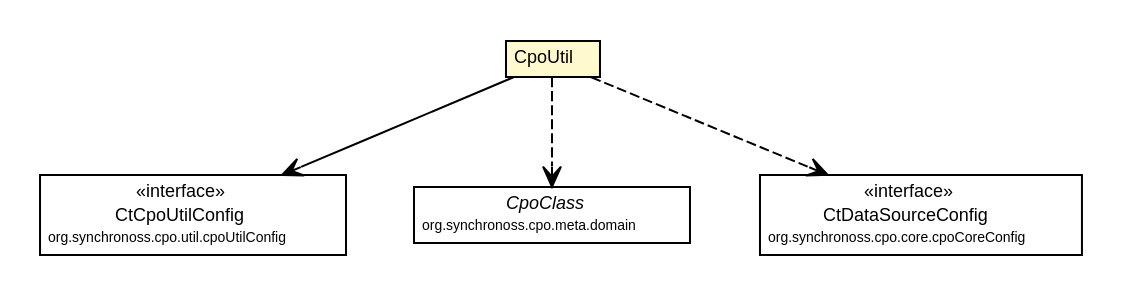
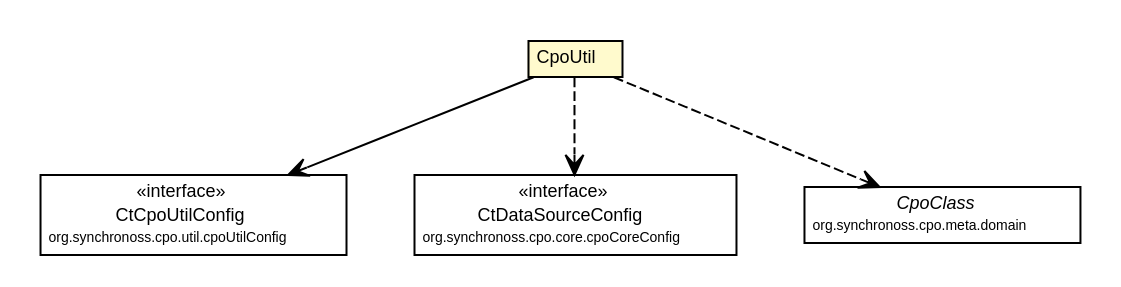
Before and after one commit to synchronoss/cpo-util: the diagram in site/apidocs/org/synchronoss/cpo/util/CpoUtil.dot, drawn with Graphviz. The commit also changed 308 other files, not shown here.

Commit message:
Creating site for cpoUtil, 5.0.2-SNAPSHOT

```diff
--- a/site/apidocs/org/synchronoss/cpo/util/CpoUtil.dot
+++ b/site/apidocs/org/synchronoss/cpo/util/CpoUtil.dot
@@ -1,45 +1,45 @@
 #!/usr/local/bin/dot
 #
 # Class diagram 
 # Generated by UmlGraph version 4.6 (http://www.spinellis.gr/sw/umlgraph)
 #
 
 digraph G {
 	edge [fontname="Helvetica",fontsize=10,labelfontname="Helvetica",labelfontsize=10];
 	node [fontname="Helvetica",fontsize=10,shape=plaintext];
 	// org.synchronoss.cpo.util.CpoUtil
 	c2964 [label=<<table border="0" cellborder="1" cellspacing="0" cellpadding="2" port="p" bgcolor="lemonChiffon" href="./CpoUtil.html">
 		<tr><td><table border="0" cellspacing="0" cellpadding="1">
 			<tr><td> CpoUtil </td></tr>
 		</table></td></tr>
 		</table>>, fontname="Helvetica", fontcolor="black", fontsize=9.0];
 	// org.synchronoss.cpo.util.cpoUtilConfig.CtCpoUtilConfig
 	c2992 [label=<<table border="0" cellborder="1" cellspacing="0" cellpadding="2" port="p" href="./cpoUtilConfig/CtCpoUtilConfig.html">
 		<tr><td><table border="0" cellspacing="0" cellpadding="1">
 			<tr><td> &laquo;interface&raquo; </td></tr>
 			<tr><td> CtCpoUtilConfig </td></tr>
 			<tr><td><font point-size="7.0"> org.synchronoss.cpo.util.cpoUtilConfig </font></td></tr>
 		</table></td></tr>
 		</table>>, fontname="Helvetica", fontcolor="black", fontsize=9.0];
 	// org.synchronoss.cpo.util.CpoUtil NAVASSOC org.synchronoss.cpo.util.cpoUtilConfig.CtCpoUtilConfig
 	c2964:p -> c2992:p [taillabel="", label="", headlabel="", fontname="Helvetica", fontcolor="black", fontsize=10.0, color="black", arrowhead=open];
+	// org.synchronoss.cpo.util.CpoUtil DEPEND org.synchronoss.cpo.core.cpoCoreConfig.CtDataSourceConfig
+	c2964:p -> c3006:p [taillabel="", label="", headlabel="", fontname="Helvetica", fontcolor="black", fontsize=10.0, color="black", arrowhead=open, style=dashed];
 	// org.synchronoss.cpo.util.CpoUtil DEPEND org.synchronoss.cpo.meta.domain.CpoClass
-	c2964:p -> c3006:p [taillabel="", label="", headlabel="", fontname="Helvetica", fontcolor="black", fontsize=10.0, color="black", arrowhead=open, style=dashed];
-	// org.synchronoss.cpo.util.CpoUtil DEPEND org.synchronoss.cpo.core.cpoCoreConfig.CtDataSourceConfig
 	c2964:p -> c3007:p [taillabel="", label="", headlabel="", fontname="Helvetica", fontcolor="black", fontsize=10.0, color="black", arrowhead=open, style=dashed];
 	// org.synchronoss.cpo.meta.domain.CpoClass
-	c3006 [label=<<table border="0" cellborder="1" cellspacing="0" cellpadding="2" port="p" href="http://java.sun.com/j2se/1.4.2/docs/api/org/synchronoss/cpo/meta/domain/CpoClass.html">
+	c3007 [label=<<table border="0" cellborder="1" cellspacing="0" cellpadding="2" port="p" href="http://java.sun.com/j2se/1.4.2/docs/api/org/synchronoss/cpo/meta/domain/CpoClass.html">
 		<tr><td><table border="0" cellspacing="0" cellpadding="1">
 			<tr><td><font face="Helvetica-Oblique"> CpoClass </font></td></tr>
 			<tr><td><font point-size="7.0"> org.synchronoss.cpo.meta.domain </font></td></tr>
 		</table></td></tr>
 		</table>>, fontname="Helvetica", fontcolor="black", fontsize=9.0];
 	// org.synchronoss.cpo.core.cpoCoreConfig.CtDataSourceConfig
-	c3007 [label=<<table border="0" cellborder="1" cellspacing="0" cellpadding="2" port="p" href="http://java.sun.com/j2se/1.4.2/docs/api/org/synchronoss/cpo/core/cpoCoreConfig/CtDataSourceConfig.html">
+	c3006 [label=<<table border="0" cellborder="1" cellspacing="0" cellpadding="2" port="p" href="http://java.sun.com/j2se/1.4.2/docs/api/org/synchronoss/cpo/core/cpoCoreConfig/CtDataSourceConfig.html">
 		<tr><td><table border="0" cellspacing="0" cellpadding="1">
 			<tr><td> &laquo;interface&raquo; </td></tr>
 			<tr><td> CtDataSourceConfig </td></tr>
 			<tr><td><font point-size="7.0"> org.synchronoss.cpo.core.cpoCoreConfig </font></td></tr>
 		</table></td></tr>
 		</table>>, fontname="Helvetica", fontcolor="black", fontsize=9.0];
 }
```
